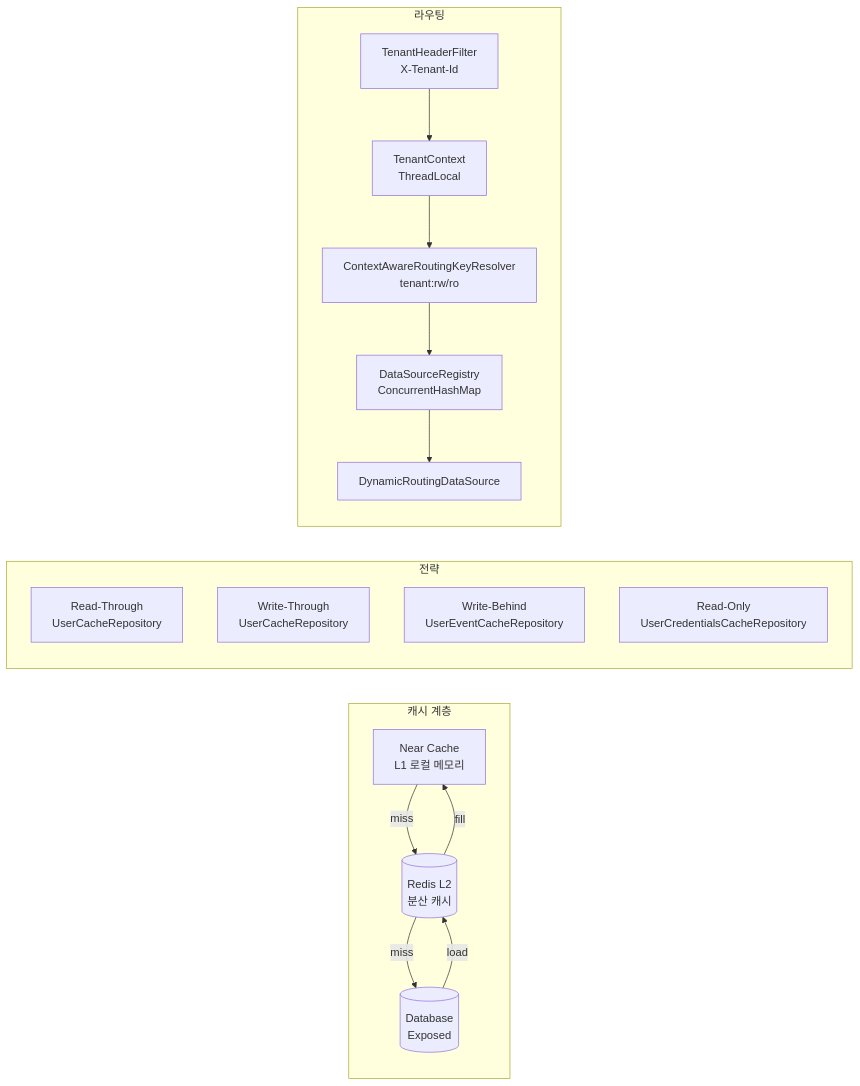
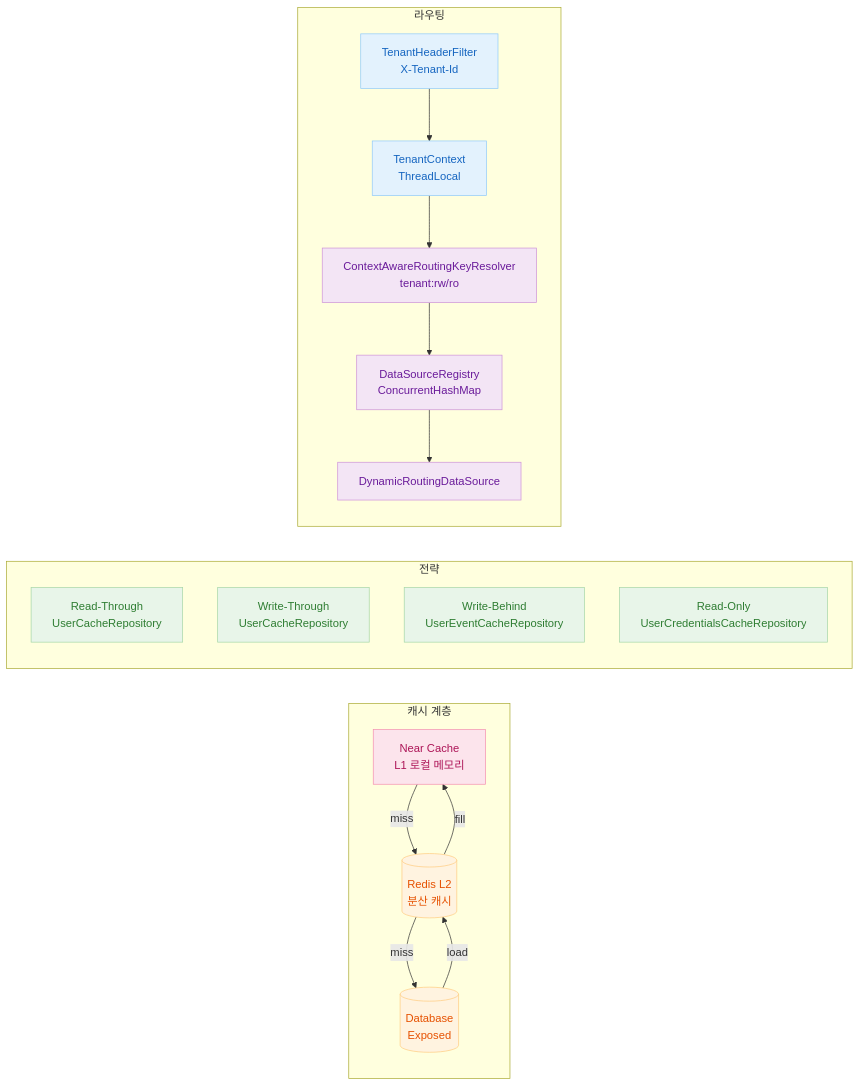
One commit to bluetape4k/exposed-workshop changed the second of 2 diagrams in 11-high-performance/README.md. Above: the diagram before and after it, drawn with Mermaid. The commit also changed other lines of this file and 56 other files, not shown here.

First line of the commit message:
docs: 전체 README mermaid 다이어그램에 파스텔 톤 색상 적용

````diff
--- a/11-high-performance/README.md
+++ b/11-high-performance/README.md
@@ -54,29 +64,42 @@
 ```mermaid
 flowchart LR
     subgraph "캐시 계층"
         direction TB
         NC[Near Cache\nL1 로컬 메모리]
         Redis[(Redis L2\n분산 캐시)]
         DB[(Database\nExposed)]
         NC -- miss --> Redis
         Redis -- miss --> DB
         DB -- load --> Redis
         Redis -- fill --> NC
     end
 
     subgraph "전략"
         RT[Read-Through\nUserCacheRepository]
         WT[Write-Through\nUserCacheRepository]
         WB[Write-Behind\nUserEventCacheRepository]
         RO[Read-Only\nUserCredentialsCacheRepository]
     end
 
     subgraph "라우팅"
         TH[TenantHeaderFilter\nX-Tenant-Id]
         TC[TenantContext\nThreadLocal]
         KR[ContextAwareRoutingKeyResolver\ntenant:rw/ro]
         REG[DataSourceRegistry\nConcurrentHashMap]
         DDS[DynamicRoutingDataSource]
         TH --> TC --> KR --> REG --> DDS
     end
+
+    classDef blue fill:#E3F2FD,stroke:#90CAF9,color:#1565C0
+    classDef green fill:#E8F5E9,stroke:#A5D6A7,color:#2E7D32
+    classDef purple fill:#F3E5F5,stroke:#CE93D8,color:#6A1B9A
+    classDef orange fill:#FFF3E0,stroke:#FFCC80,color:#E65100
+    classDef pink fill:#FCE4EC,stroke:#F48FB1,color:#AD1457
+    classDef teal fill:#E0F2F1,stroke:#80CBC4,color:#00695C
+
+    class NC pink
+    class Redis,DB orange
+    class RT,WT,WB,RO green
+    class TH,TC blue
+    class KR,REG,DDS purple
 ```
````
